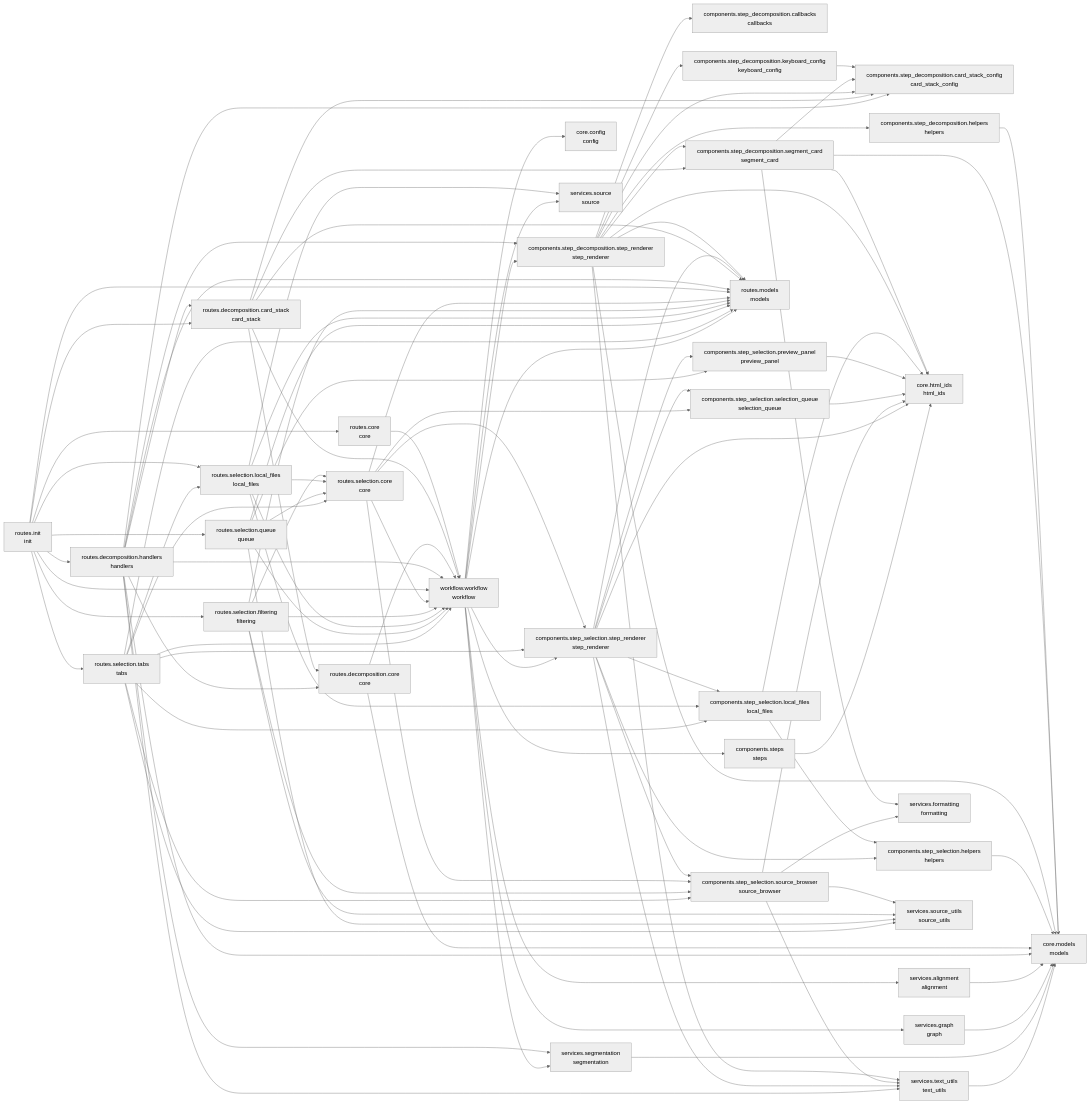
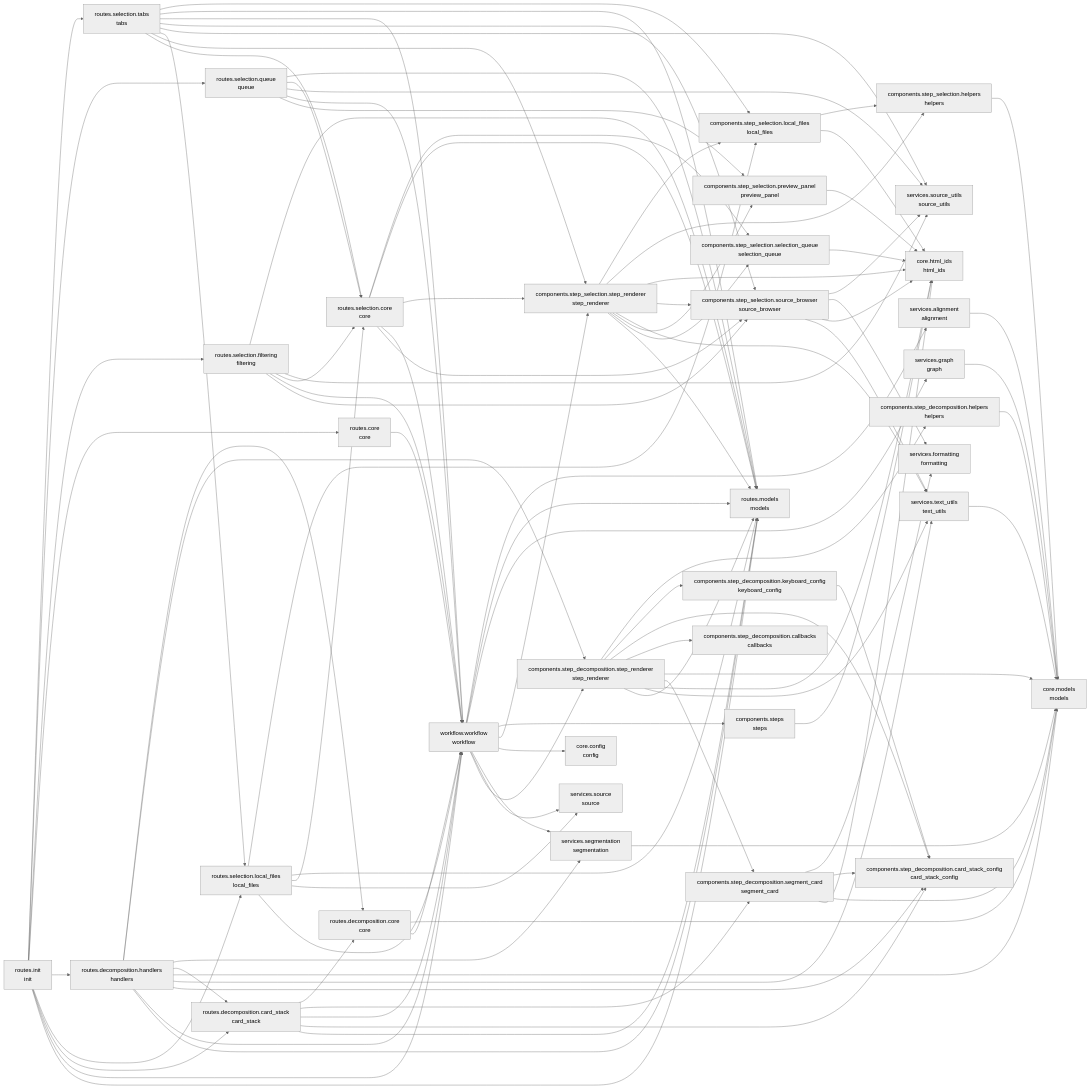
One commit to cj-mills/cjm-fasthtml-workflow-transcript-decomp changed the diagram in README.md. Above: the diagram before and after it, drawn with Mermaid (neutral theme). The commit also changed other lines of this file and 7 other files, not shown here.

````diff
--- a/README.md
+++ b/README.md
@@ -101,102 +101,102 @@
 
     components_step_decomposition_helpers --> core_models
     components_step_decomposition_keyboard_config --> components_step_decomposition_card_stack_config
-    components_step_decomposition_segment_card --> core_models
     components_step_decomposition_segment_card --> services_formatting
     components_step_decomposition_segment_card --> components_step_decomposition_card_stack_config
+    components_step_decomposition_segment_card --> core_models
     components_step_decomposition_segment_card --> core_html_ids
     components_step_decomposition_step_renderer --> components_step_decomposition_helpers
-    components_step_decomposition_step_renderer --> core_models
     components_step_decomposition_step_renderer --> components_step_decomposition_keyboard_config
     components_step_decomposition_step_renderer --> components_step_decomposition_card_stack_config
     components_step_decomposition_step_renderer --> components_step_decomposition_callbacks
+    components_step_decomposition_step_renderer --> core_models
+    components_step_decomposition_step_renderer --> components_step_decomposition_segment_card
+    components_step_decomposition_step_renderer --> core_html_ids
     components_step_decomposition_step_renderer --> services_text_utils
     components_step_decomposition_step_renderer --> routes_models
-    components_step_decomposition_step_renderer --> core_html_ids
-    components_step_decomposition_step_renderer --> components_step_decomposition_segment_card
     components_step_selection_helpers --> core_models
     components_step_selection_local_files --> components_step_selection_helpers
     components_step_selection_local_files --> core_html_ids
     components_step_selection_preview_panel --> core_html_ids
     components_step_selection_selection_queue --> core_html_ids
+    components_step_selection_source_browser --> services_source_utils
     components_step_selection_source_browser --> services_formatting
-    components_step_selection_source_browser --> services_source_utils
+    components_step_selection_source_browser --> core_html_ids
     components_step_selection_source_browser --> services_text_utils
-    components_step_selection_source_browser --> core_html_ids
+    components_step_selection_step_renderer --> components_step_selection_local_files
+    components_step_selection_step_renderer --> components_step_selection_helpers
+    components_step_selection_step_renderer --> core_html_ids
+    components_step_selection_step_renderer --> components_step_selection_source_browser
+    components_step_selection_step_renderer --> services_text_utils
+    components_step_selection_step_renderer --> components_step_selection_preview_panel
     components_step_selection_step_renderer --> components_step_selection_selection_queue
-    components_step_selection_step_renderer --> components_step_selection_source_browser
-    components_step_selection_step_renderer --> components_step_selection_local_files
-    components_step_selection_step_renderer --> services_text_utils
-    components_step_selection_step_renderer --> components_step_selection_helpers
-    components_step_selection_step_renderer --> components_step_selection_preview_panel
     components_step_selection_step_renderer --> routes_models
-    components_step_selection_step_renderer --> core_html_ids
     components_steps --> core_html_ids
     routes_core --> workflow_workflow
+    routes_decomposition_card_stack --> routes_decomposition_core
+    routes_decomposition_card_stack --> components_step_decomposition_segment_card
+    routes_decomposition_card_stack --> workflow_workflow
     routes_decomposition_card_stack --> components_step_decomposition_card_stack_config
-    routes_decomposition_card_stack --> routes_decomposition_core
-    routes_decomposition_card_stack --> workflow_workflow
     routes_decomposition_card_stack --> routes_models
-    routes_decomposition_card_stack --> components_step_decomposition_segment_card
+    routes_decomposition_core --> core_models
     routes_decomposition_core --> workflow_workflow
-    routes_decomposition_core --> core_models
-    routes_decomposition_handlers --> core_models
     routes_decomposition_handlers --> routes_decomposition_core
     routes_decomposition_handlers --> components_step_decomposition_step_renderer
     routes_decomposition_handlers --> services_segmentation
+    routes_decomposition_handlers --> routes_decomposition_card_stack
+    routes_decomposition_handlers --> core_models
+    routes_decomposition_handlers --> services_text_utils
     routes_decomposition_handlers --> components_step_decomposition_card_stack_config
-    routes_decomposition_handlers --> routes_decomposition_card_stack
-    routes_decomposition_handlers --> services_text_utils
     routes_decomposition_handlers --> workflow_workflow
     routes_decomposition_handlers --> routes_models
-    routes_init --> routes_selection_local_files
+    routes_init --> routes_selection_tabs
     routes_init --> routes_selection_queue
     routes_init --> routes_selection_filtering
     routes_init --> routes_core
     routes_init --> routes_decomposition_handlers
+    routes_init --> routes_selection_local_files
     routes_init --> routes_decomposition_card_stack
-    routes_init --> routes_selection_tabs
+    routes_init --> workflow_workflow
     routes_init --> routes_models
-    routes_init --> workflow_workflow
+    routes_selection_core --> components_step_selection_selection_queue
+    routes_selection_core --> routes_models
+    routes_selection_core --> components_step_selection_step_renderer
+    routes_selection_core --> workflow_workflow
     routes_selection_core --> components_step_selection_source_browser
-    routes_selection_core --> workflow_workflow
-    routes_selection_core --> components_step_selection_selection_queue
-    routes_selection_core --> components_step_selection_step_renderer
-    routes_selection_core --> routes_models
+    routes_selection_filtering --> routes_models
+    routes_selection_filtering --> services_source_utils
     routes_selection_filtering --> routes_selection_core
+    routes_selection_filtering --> workflow_workflow
     routes_selection_filtering --> components_step_selection_source_browser
-    routes_selection_filtering --> workflow_workflow
-    routes_selection_filtering --> services_source_utils
-    routes_selection_filtering --> routes_models
-    routes_selection_local_files --> routes_selection_core
-    routes_selection_local_files --> workflow_workflow
-    routes_selection_local_files --> services_source
     routes_selection_local_files --> components_step_selection_local_files
     routes_selection_local_files --> routes_models
+    routes_selection_local_files --> routes_selection_core
+    routes_selection_local_files --> services_source
+    routes_selection_local_files --> workflow_workflow
+    routes_selection_queue --> routes_models
     routes_selection_queue --> routes_selection_core
+    routes_selection_queue --> services_source_utils
     routes_selection_queue --> workflow_workflow
-    routes_selection_queue --> services_source_utils
     routes_selection_queue --> components_step_selection_preview_panel
-    routes_selection_queue --> routes_models
-    routes_selection_tabs --> routes_selection_core
-    routes_selection_tabs --> workflow_workflow
-    routes_selection_tabs --> services_source_utils
-    routes_selection_tabs --> components_step_selection_step_renderer
-    routes_selection_tabs --> components_step_selection_source_browser
-    routes_selection_tabs --> routes_selection_local_files
     routes_selection_tabs --> components_step_selection_local_files
     routes_selection_tabs --> routes_models
+    routes_selection_tabs --> workflow_workflow
+    routes_selection_tabs --> components_step_selection_source_browser
+    routes_selection_tabs --> services_source_utils
+    routes_selection_tabs --> routes_selection_local_files
+    routes_selection_tabs --> components_step_selection_step_renderer
+    routes_selection_tabs --> routes_selection_core
     services_alignment --> core_models
     services_graph --> core_models
     services_segmentation --> core_models
     services_text_utils --> core_models
+    workflow_workflow --> services_alignment
     workflow_workflow --> routes_models
-    workflow_workflow --> components_step_decomposition_step_renderer
     workflow_workflow --> services_graph
+    workflow_workflow --> components_steps
     workflow_workflow --> components_step_selection_step_renderer
-    workflow_workflow --> services_source
     workflow_workflow --> core_config
     workflow_workflow --> services_segmentation
-    workflow_workflow --> components_steps
-    workflow_workflow --> services_alignment
+    workflow_workflow --> services_source
+    workflow_workflow --> components_step_decomposition_step_renderer
 ```
````
